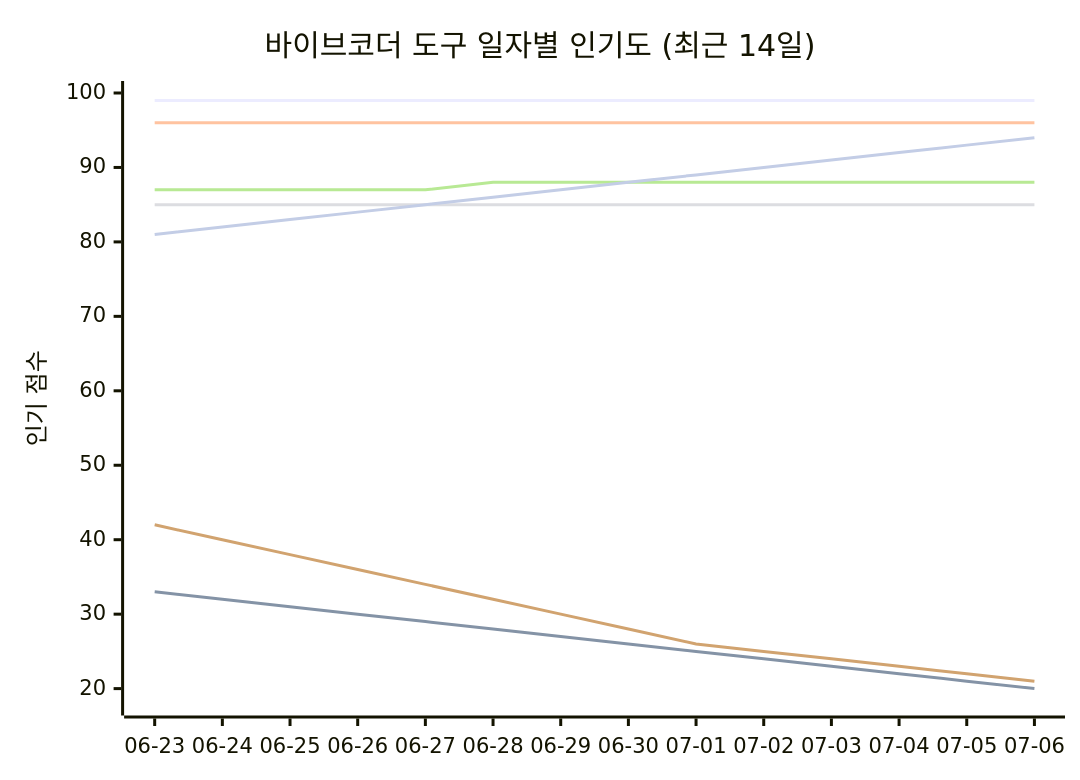
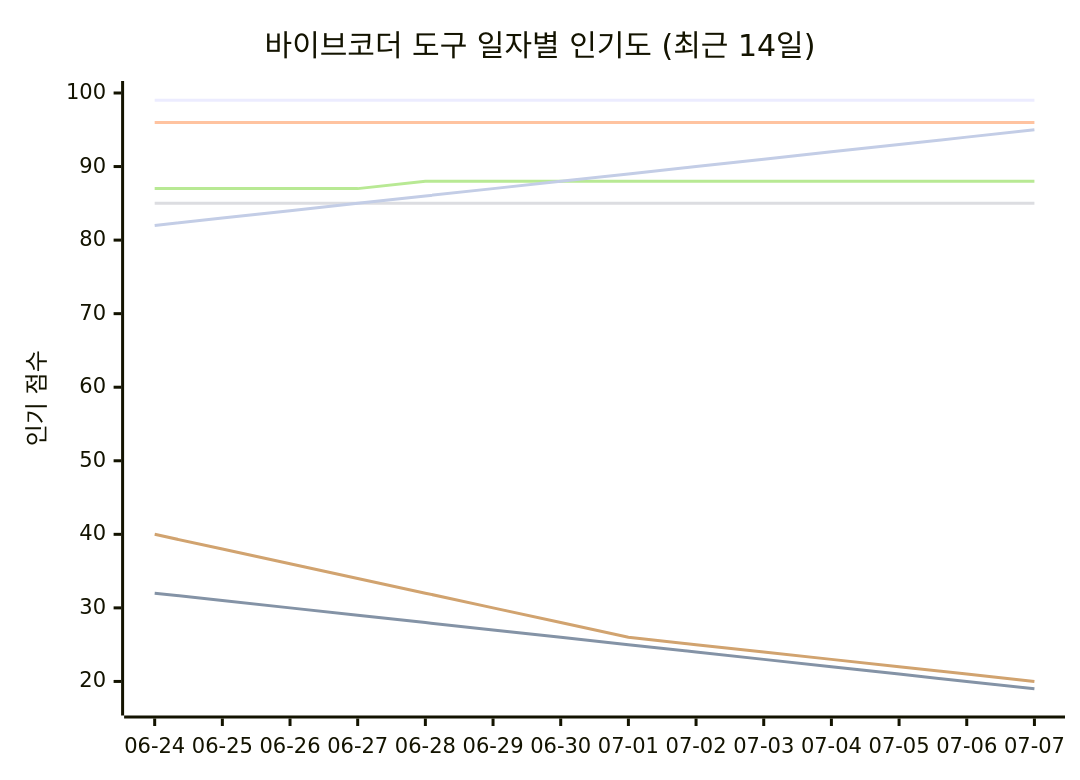
Before and after one commit to tykimos/ai-whatchelin: the seventh of 11 diagrams in README_ko.md, drawn with Mermaid. The commit also changed other lines of this file and 4 other files, not shown here.

````diff
--- a/README_ko.md
+++ b/README_ko.md
@@ -1844,13 +1852,13 @@
 ```mermaid
 xychart-beta
     title "바이브코더 도구 일자별 인기도 (최근 14일)"
-    x-axis ["06-23", "06-24", "06-25", "06-26", "06-27", "06-28", "06-29", "06-30", "07-01", "07-02", "07-03", "07-04", "07-05", "07-06"]
-    y-axis "인기 점수" 18 --> 100
+    x-axis ["06-24", "06-25", "06-26", "06-27", "06-28", "06-29", "06-30", "07-01", "07-02", "07-03", "07-04", "07-05", "07-06", "07-07"]
+    y-axis "인기 점수" 17 --> 100
     line "Claude Code" [99, 99, 99, 99, 99, 99, 99, 99, 99, 99, 99, 99, 99, 99]
-    line "GH Copilot" [33, 32, 31, 30, 29, 28, 27, 26, 25, 24, 23, 22, 21, 20]
+    line "GH Copilot" [32, 31, 30, 29, 28, 27, 26, 25, 24, 23, 22, 21, 20, 19]
     line "Cursor" [96, 96, 96, 96, 96, 96, 96, 96, 96, 96, 96, 96, 96, 96]
     line "Windsurf" [85, 85, 85, 85, 85, 85, 85, 85, 85, 85, 85, 85, 85, 85]
-    line "Codex CLI" [87, 87, 87, 87, 87, 88, 88, 88, 88, 88, 88, 88, 88, 88]
-    line "Gemini CLI" [42, 40, 38, 36, 34, 32, 30, 28, 26, 25, 24, 23, 22, 21]
-    line "Antigravity" [81, 82, 83, 84, 85, 86, 87, 88, 89, 90, 91, 92, 93, 94]
+    line "Codex CLI" [87, 87, 87, 87, 88, 88, 88, 88, 88, 88, 88, 88, 88, 88]
+    line "Gemini CLI" [40, 38, 36, 34, 32, 30, 28, 26, 25, 24, 23, 22, 21, 20]
+    line "Antigravity" [82, 83, 84, 85, 86, 87, 88, 89, 90, 91, 92, 93, 94, 95]
 ```
````
